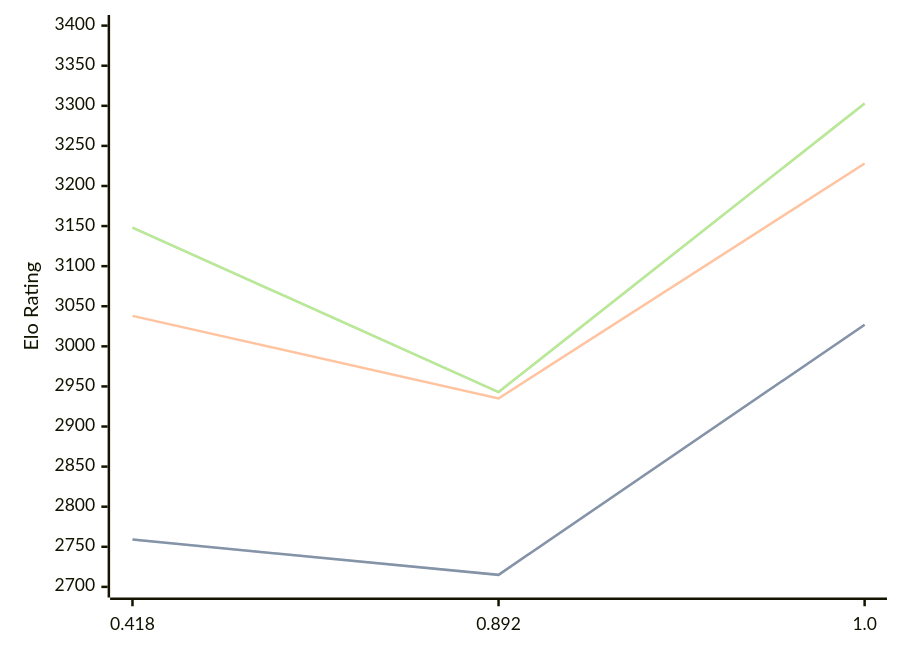
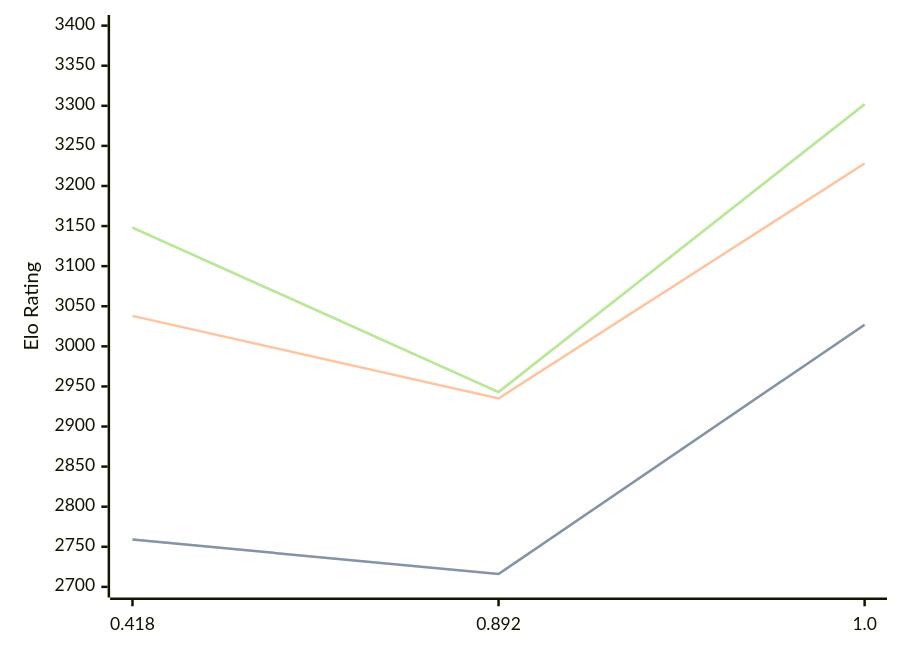
The diagram in engines/Malika.md (computer-chess-index/cci), drawn with Mermaid before and after one commit. The commit also changed other lines of this file, not shown here.

Commit message:
Update CCI Ratings (ELO VLTC) - 2026-05-05

````diff
--- a/engines/Malika.md
+++ b/engines/Malika.md
@@ -33,11 +33,11 @@
 ```mermaid
 %%{init: {"theme":"base","themeVariables":{"seriesColors:['#a3a3a3','#222221','#faa371']}}}%%
 xychart-beta
   x-axis ["0.418", "0.892", "1.0"]
   y-axis "Elo Rating" 2700 --> 3400
-  line "STC (8.0+0.08s)" [2759, 2715, 3027]
-  line "STC (8.0+0.08s)" [2759, 2715, 3027]
+  line "STC (8.0+0.08s)" [2759, 2716, 3027]
+  line "STC (8.0+0.08s)" [2759, 2716, 3027]
   line "LTC (60.0+0.60s)" [3038, 2935, 3228]
-  line "VLTC (2m24s+1.12s)" [3148, 2943, 3303]
-  line "VLTC (2m24s+1.12s)" [3148, 2943, 3303]
+  line "VLTC (2m24s+1.12s)" [3148, 2943, 3302]
+  line "VLTC (2m24s+1.12s)" [3148, 2943, 3302]
 ```
````
